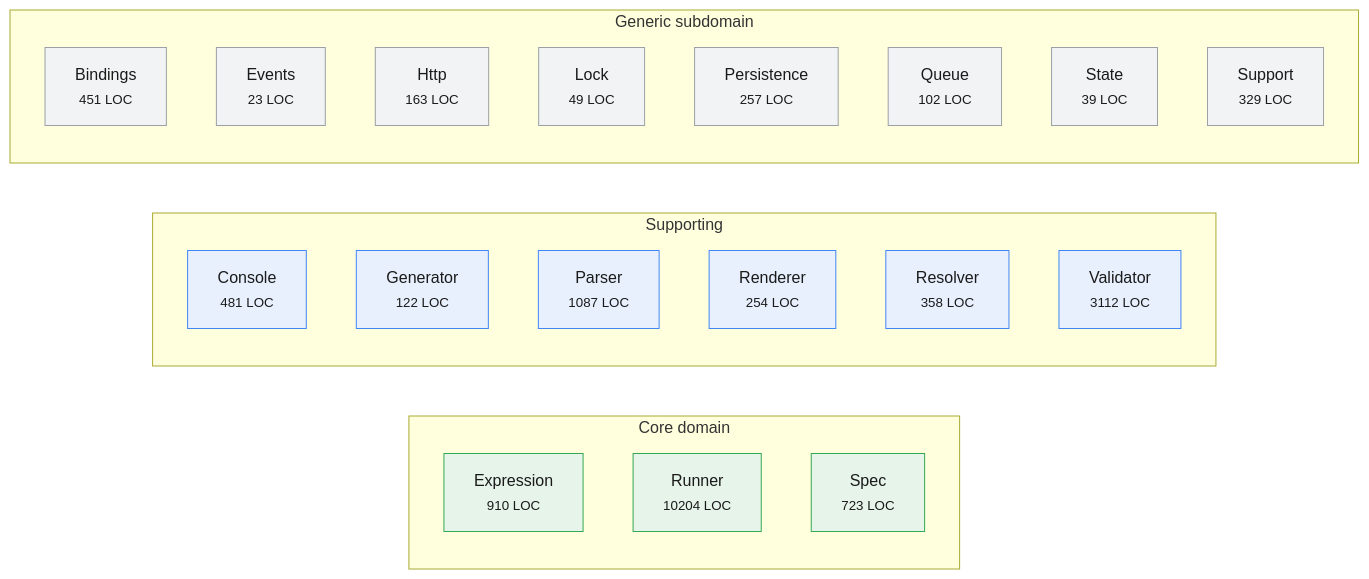
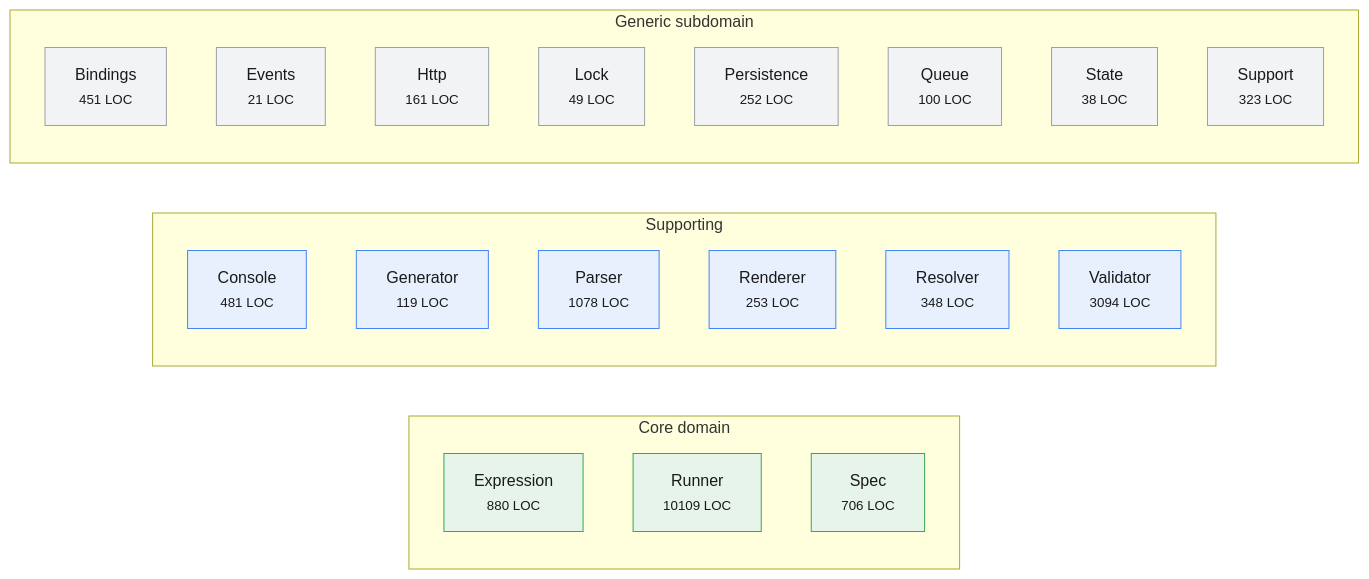
Before and after one commit to Mohammed-Alama/php-arazzo: the diagram in docs/generated/subdomain-map.md, drawn with Mermaid. The commit also changed other lines of this file and 315 other files, not shown here.

````diff
--- a/docs/generated/subdomain-map.md
+++ b/docs/generated/subdomain-map.md
@@ -15,30 +15,30 @@
 ```mermaid
 flowchart LR
     subgraph S_core["Core domain"]
-        S_Expression["Expression<br/><small>910 LOC</small>"]:::coreDomain
-        S_Runner["Runner<br/><small>10204 LOC</small>"]:::coreDomain
-        S_Spec["Spec<br/><small>723 LOC</small>"]:::coreDomain
+        S_Expression["Expression<br/><small>880 LOC</small>"]:::coreDomain
+        S_Runner["Runner<br/><small>10109 LOC</small>"]:::coreDomain
+        S_Spec["Spec<br/><small>706 LOC</small>"]:::coreDomain
     end
     subgraph S_supporting["Supporting"]
         S_Console["Console<br/><small>481 LOC</small>"]:::supportingDomain
-        S_Generator["Generator<br/><small>122 LOC</small>"]:::supportingDomain
-        S_Parser["Parser<br/><small>1087 LOC</small>"]:::supportingDomain
-        S_Renderer["Renderer<br/><small>254 LOC</small>"]:::supportingDomain
-        S_Resolver["Resolver<br/><small>358 LOC</small>"]:::supportingDomain
-        S_Validator["Validator<br/><small>3112 LOC</small>"]:::supportingDomain
+        S_Generator["Generator<br/><small>119 LOC</small>"]:::supportingDomain
+        S_Parser["Parser<br/><small>1078 LOC</small>"]:::supportingDomain
+        S_Renderer["Renderer<br/><small>253 LOC</small>"]:::supportingDomain
+        S_Resolver["Resolver<br/><small>348 LOC</small>"]:::supportingDomain
+        S_Validator["Validator<br/><small>3094 LOC</small>"]:::supportingDomain
     end
     subgraph S_generic["Generic subdomain"]
         S_Bindings["Bindings<br/><small>451 LOC</small>"]:::genericDomain
-        S_Events["Events<br/><small>23 LOC</small>"]:::genericDomain
-        S_Http["Http<br/><small>163 LOC</small>"]:::genericDomain
+        S_Events["Events<br/><small>21 LOC</small>"]:::genericDomain
+        S_Http["Http<br/><small>161 LOC</small>"]:::genericDomain
         S_Lock["Lock<br/><small>49 LOC</small>"]:::genericDomain
-        S_Persistence["Persistence<br/><small>257 LOC</small>"]:::genericDomain
-        S_Queue["Queue<br/><small>102 LOC</small>"]:::genericDomain
-        S_State["State<br/><small>39 LOC</small>"]:::genericDomain
-        S_Support["Support<br/><small>329 LOC</small>"]:::genericDomain
+        S_Persistence["Persistence<br/><small>252 LOC</small>"]:::genericDomain
+        S_Queue["Queue<br/><small>100 LOC</small>"]:::genericDomain
+        S_State["State<br/><small>38 LOC</small>"]:::genericDomain
+        S_Support["Support<br/><small>323 LOC</small>"]:::genericDomain
     end
     classDef coreDomain fill:#e6f4ea,stroke:#34a853,color:#1a1a1a;
     classDef supportingDomain fill:#e8f0fe,stroke:#4285f4,color:#1a1a1a;
     classDef genericDomain fill:#f1f3f4,stroke:#9aa0a6,color:#1a1a1a;
     classDef unknownDomain fill:#fce8e6,stroke:#ea4335,color:#1a1a1a;
 ```
````
